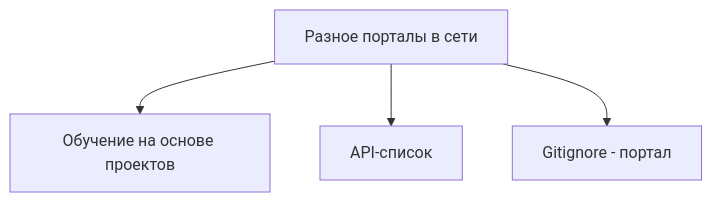
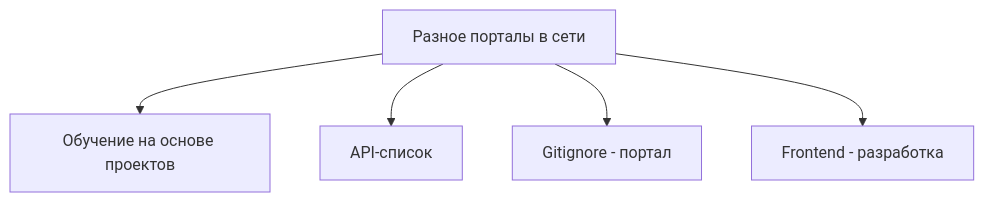
Before and after one commit to Dvurechensky/Dvurechensky: the third of 7 diagrams in README.md, drawn with Mermaid. The commit also changed other lines of this file and 3 other files, not shown here.

````diff
--- a/README.md
+++ b/README.md
@@ -164,7 +164,8 @@
 ```mermaid
 graph TD
   C[Разное порталы в сети]
   C --> R[Обучение на основе проектов]
   C --> M[API-список]
   C --> G[Gitignore - портал]
+  C --> L[Frontend - разработка]
 ```
````
